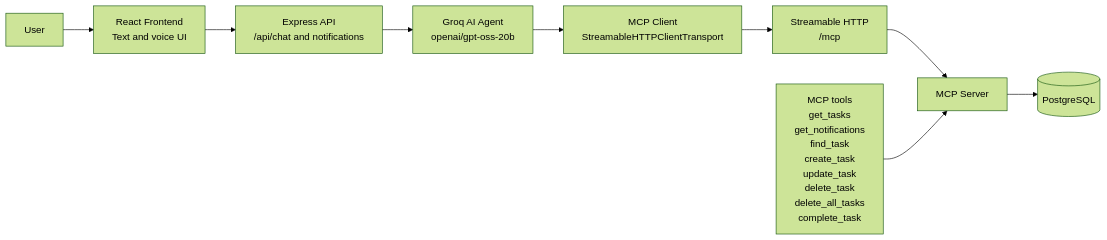
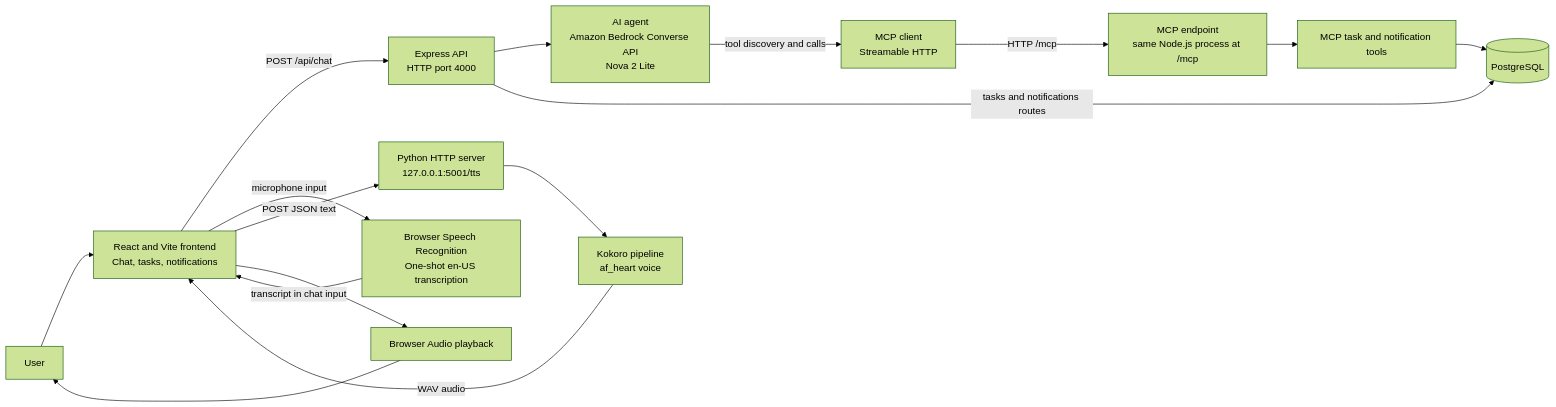
One commit to mohitchauhan1324325/Voxara changed the diagram in README.md. Above: the diagram before and after it, drawn with Mermaid (forest theme). The commit also changed other lines of this file, not shown here.

````diff
--- a/README.md
+++ b/README.md
@@ -47,12 +63,31 @@
 ```mermaid
 flowchart LR
-      U[User] --> FE[React Frontend<br/>Text and voice UI]
-      FE --> API[Express API<br/>/api/chat and notifications]
-      API --> AG[Groq AI Agent<br/>openai/gpt-oss-20b]
-      AG --> MC[MCP Client<br/>StreamableHTTPClientTransport]
-      MC --> HTTP[Streamable HTTP<br/>/mcp]
-      HTTP --> MS[MCP Server]
-      MS --> DB[(PostgreSQL)]
+    User[User]
+    Browser[React and Vite frontend<br/>Chat, tasks, notifications]
+    Speech[Browser Speech Recognition<br/>One-shot en-US transcription]
+    Audio[Browser Audio playback]
+    API[Express API<br/>HTTP port 4000]
+    Agent[AI agent<br/>Amazon Bedrock Converse API<br/>Nova 2 Lite]
+    Client[MCP client<br/>Streamable HTTP]
+    MCP[MCP endpoint<br/>same Node.js process at /mcp]
+    Tools[MCP task and notification tools]
+    DB[(PostgreSQL)]
+    Py[Python HTTP server<br/>127.0.0.1:5001/tts]
+    Kokoro[Kokoro pipeline<br/>af_heart voice]
 
-      TOOLS[MCP tools<br/>get_tasks<br/>get_notifications<br/>find_task<br/>create_task<br/>update_task<br/>delete_task<br/>delete_all_tasks<br/>complete_task] --> MS
+    User --> Browser
+    Browser -->|POST /api/chat| API
+    API --> Agent
+    Agent -->|tool discovery and calls| Client
+    Client -->|HTTP /mcp| MCP
+    MCP --> Tools
+    Tools --> DB
+    API -->|tasks and notifications routes| DB
+    Browser -->|microphone input| Speech
+    Speech -->|transcript in chat input| Browser
+    Browser -->|POST JSON text| Py
+    Py --> Kokoro
+    Kokoro -->|WAV audio| Browser
+    Browser --> Audio
+    Audio --> User
 ```
````
